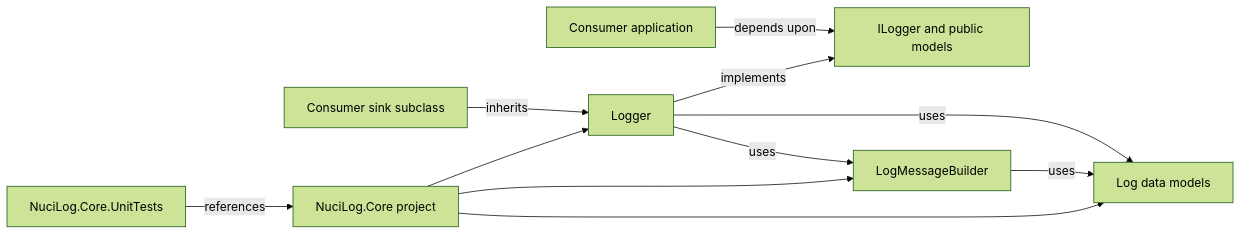
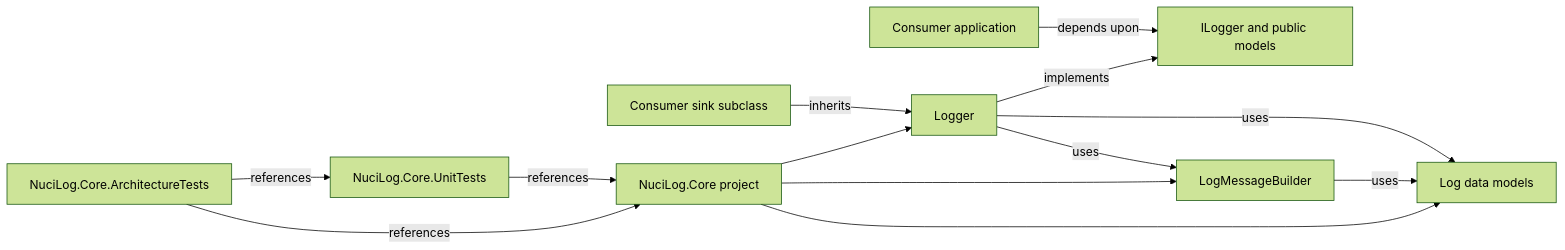
One commit to hmlendea/nucilog.core changed the fifth of 5 diagrams in ARCHITECTURE.md. Above: the diagram before and after it, drawn with Mermaid (forest theme). The commit also changed other lines of this file and 52 other files, not shown here.

Commit message:
tests: Created the architecture tests

````diff
--- a/ARCHITECTURE.md
+++ b/ARCHITECTURE.md
@@ -228,13 +228,15 @@
 ```mermaid
 flowchart LR
     Application["Consumer application"] -->|"depends upon"| Contract["ILogger and public models"]
     Sink["Consumer sink subclass"] -->|"inherits"| Logger
     Logger -->|"implements"| Contract
     Logger -->|"uses"| Builder["LogMessageBuilder"]
     Logger -->|"uses"| Models["Log data models"]
     Builder -->|"uses"| Models
     Tests["NuciLog.Core.UnitTests"] -->|"references"| Core["NuciLog.Core project"]
+    Fitness["NuciLog.Core.ArchitectureTests"] -->|"references"| Core
+    Fitness -->|"references"| Tests
     Core --> Logger
     Core --> Builder
     Core --> Models
 ```
````
